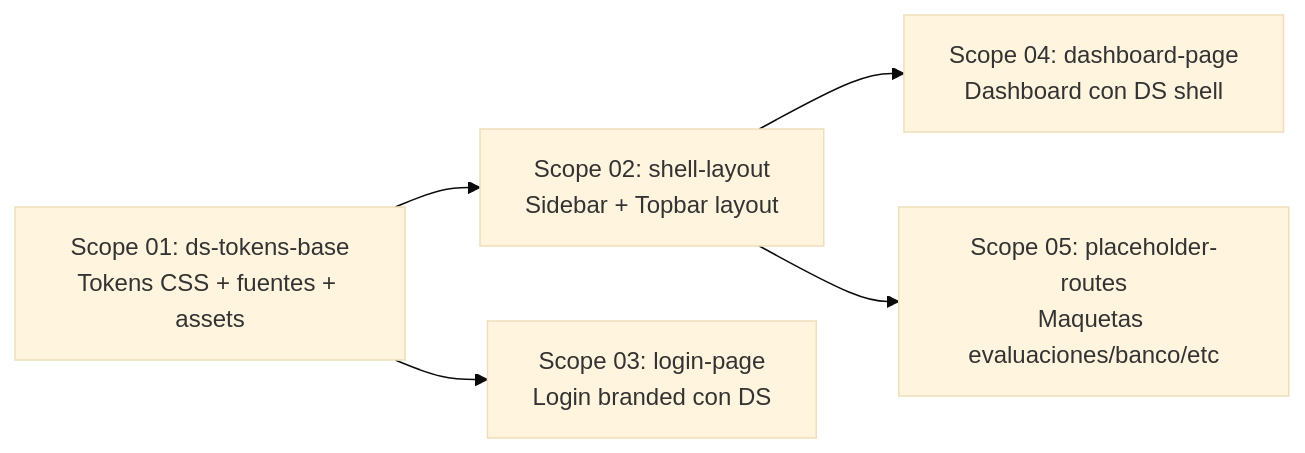
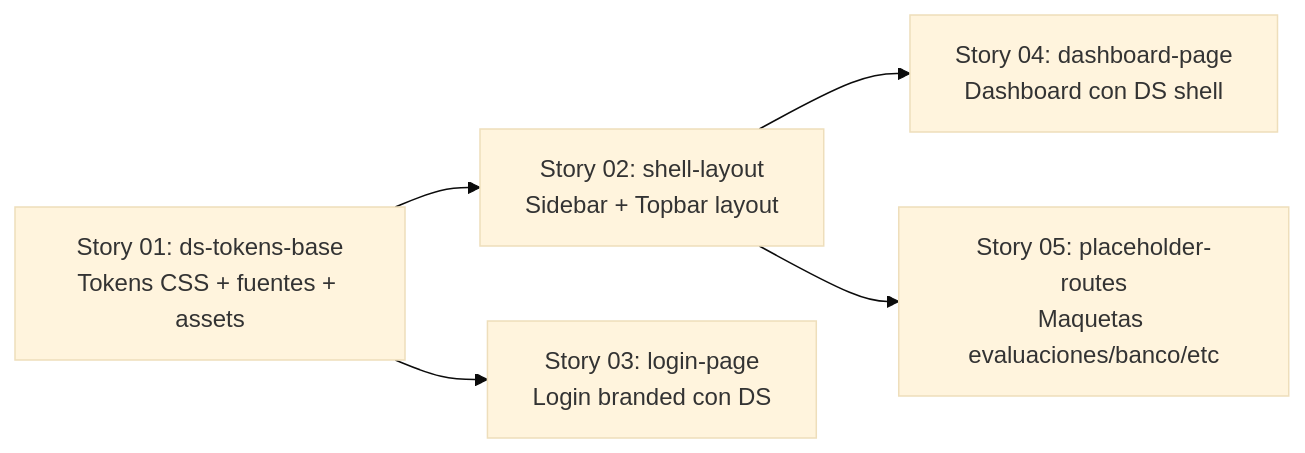
The diagram in .planning/finished/005-design-template/01-expansion.md (cmartinezs/grade-ops-ai), drawn with Mermaid (base theme) before and after one commit. The commit also changed other lines of this file and 233 other files, not shown here.

````diff
--- a/.planning/finished/005-design-template/01-expansion.md
+++ b/.planning/finished/005-design-template/01-expansion.md
@@ -22,7 +22,7 @@
 ```mermaid
 flowchart LR
-    S01[Scope 01: ds-tokens-base\nTokens CSS + fuentes + assets] --> S02[Scope 02: shell-layout\nSidebar + Topbar layout]
-    S01 --> S03[Scope 03: login-page\nLogin branded con DS]
-    S02 --> S04[Scope 04: dashboard-page\nDashboard con DS shell]
-    S02 --> S05[Scope 05: placeholder-routes\nMaquetas evaluaciones/banco/etc]
+    S01[Story 01: ds-tokens-base\nTokens CSS + fuentes + assets] --> S02[Story 02: shell-layout\nSidebar + Topbar layout]
+    S01 --> S03[Story 03: login-page\nLogin branded con DS]
+    S02 --> S04[Story 04: dashboard-page\nDashboard con DS shell]
+    S02 --> S05[Story 05: placeholder-routes\nMaquetas evaluaciones/banco/etc]
 ```
````
